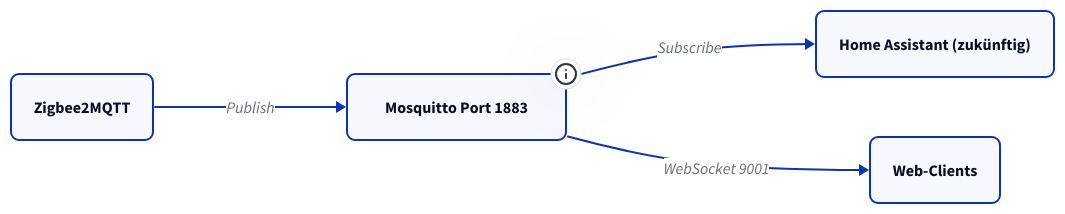
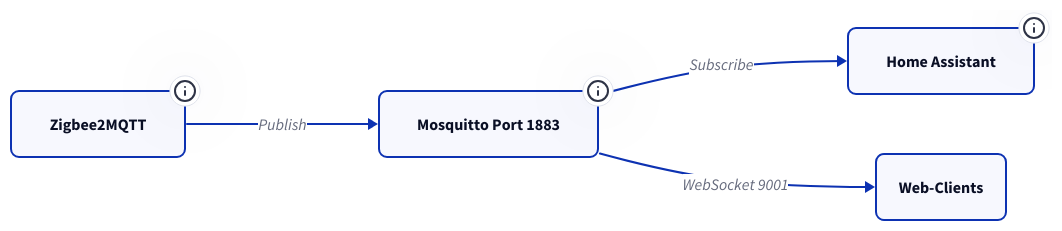
One commit to derever-labs/homelab-wiki changed the diagram in docs/iot-stack/referenz.md. Above: the diagram before and after it, drawn with D2. The commit also changed other lines of this file and 4 other files, not shown here.

````diff
--- a/docs/iot-stack/referenz.md
+++ b/docs/iot-stack/referenz.md
@@ -31,12 +28,12 @@
 ```d2
 direction: right
 
-Z2M: Zigbee2MQTT { style.border-radius: 8 }
-MQ: "Mosquitto Port 1883" { style.border-radius: 8; tooltip: "Port 1883 (MQTT), Port 9001 (WebSocket)" }
-HA: "Home Assistant (zukünftig)" { style.border-radius: 8 }
+Z2M: Zigbee2MQTT { style.border-radius: 8; tooltip: "User: z2m" }
+MQ: "Mosquitto Port 1883" { style.border-radius: 8; tooltip: "Port 1883 (MQTT), Port 9001 (WebSocket)\nConsul: mosquitto.service.consul" }
+HA: "Home Assistant" { style.border-radius: 8; tooltip: "User: homeassistant\nVM 1000, 10.0.0.100" }
 WS: Web-Clients { style.border-radius: 8 }
 
 Z2M -> MQ: Publish
 MQ -> HA: Subscribe
 MQ -> WS: WebSocket 9001
 ```
````
